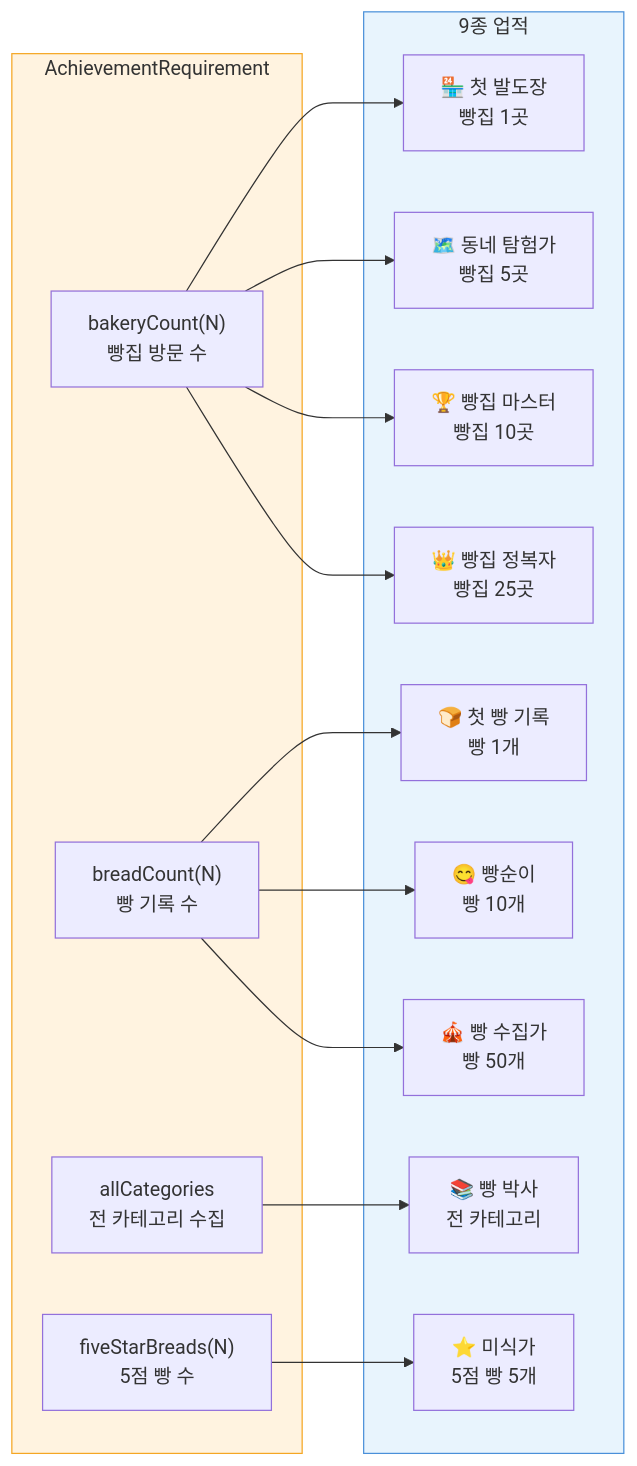
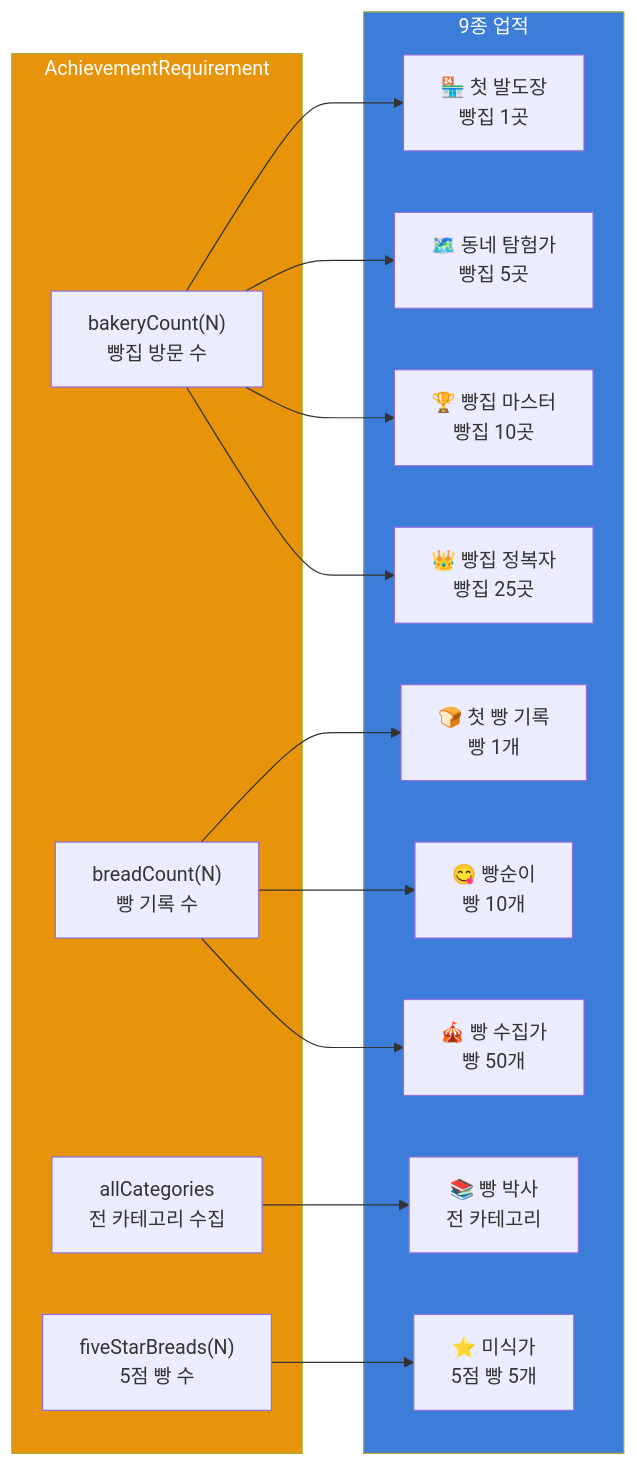
Before and after one commit to ParkSY0919/BreadStamp: the sixth of 8 diagrams in README.md, drawn with Mermaid. The commit also changed other lines of this file and 14 other files, not shown here.

````diff
--- a/README.md
+++ b/README.md
@@ -446,29 +453,29 @@
 ```mermaid
 flowchart LR
     subgraph 조건타입["AchievementRequirement"]
         BC["bakeryCount(N)<br/>빵집 방문 수"]
         BRC["breadCount(N)<br/>빵 기록 수"]
         AC["allCategories<br/>전 카테고리 수집"]
         FS["fiveStarBreads(N)<br/>5점 빵 수"]
     end
 
     subgraph 업적["9종 업적"]
         A1["🏪 첫 발도장<br/>빵집 1곳"]
         A2["🗺️ 동네 탐험가<br/>빵집 5곳"]
         A3["🏆 빵집 마스터<br/>빵집 10곳"]
         A4["👑 빵집 정복자<br/>빵집 25곳"]
         A5["🍞 첫 빵 기록<br/>빵 1개"]
         A6["😋 빵순이<br/>빵 10개"]
         A7["🎪 빵 수집가<br/>빵 50개"]
         A8["📚 빵 박사<br/>전 카테고리"]
         A9["⭐ 미식가<br/>5점 빵 5개"]
     end
 
     BC --> A1 & A2 & A3 & A4
     BRC --> A5 & A6 & A7
     AC --> A8
     FS --> A9
 
-    style 조건타입 fill:#FFF3E0,stroke:#F5A623
-    style 업적 fill:#E8F4FD,stroke:#4A90D9
+    style 조건타입 fill:#E8940A,color:#fff
+    style 업적 fill:#3B7DD8,color:#fff
 ```
````
